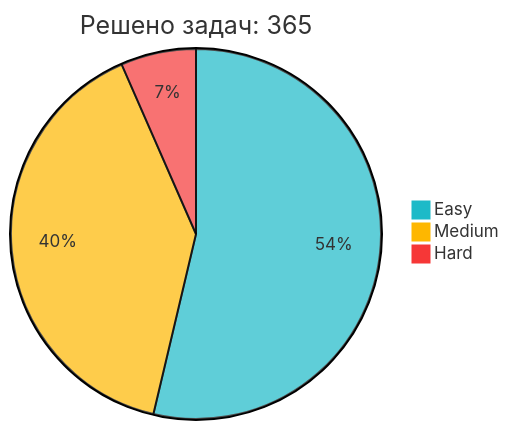
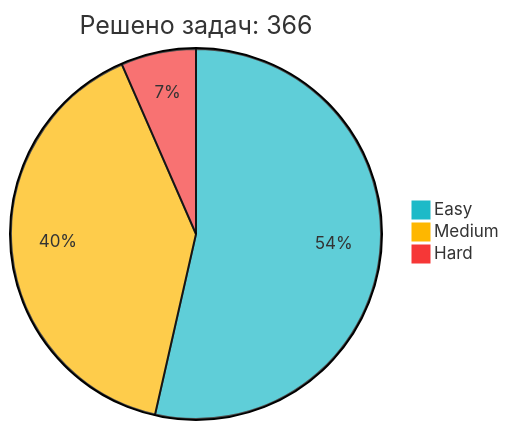
Before and after one commit to IliaKurdukov/IliaKurdukov: the diagram in README.md, drawn with Mermaid. The commit also changed other lines of this file, not shown here.

Commit message:
📈 Обновление статистики LeetCode

````diff
--- a/README.md
+++ b/README.md
@@ -51,7 +51,7 @@
 ```mermaid
 %%{init: {'theme': 'base', 'themeVariables': { 'pie1': '#1CBAC8', 'pie2': '#FEB700', 'pie3': '#F63737' }, 'config': {'width': 300, 'height': 200}}}%%
-pie title Решено задач: 365
+pie title Решено задач: 366
    "Easy" : 196
-   "Medium" : 145
+   "Medium" : 146
    "Hard" : 24
 ```
````
